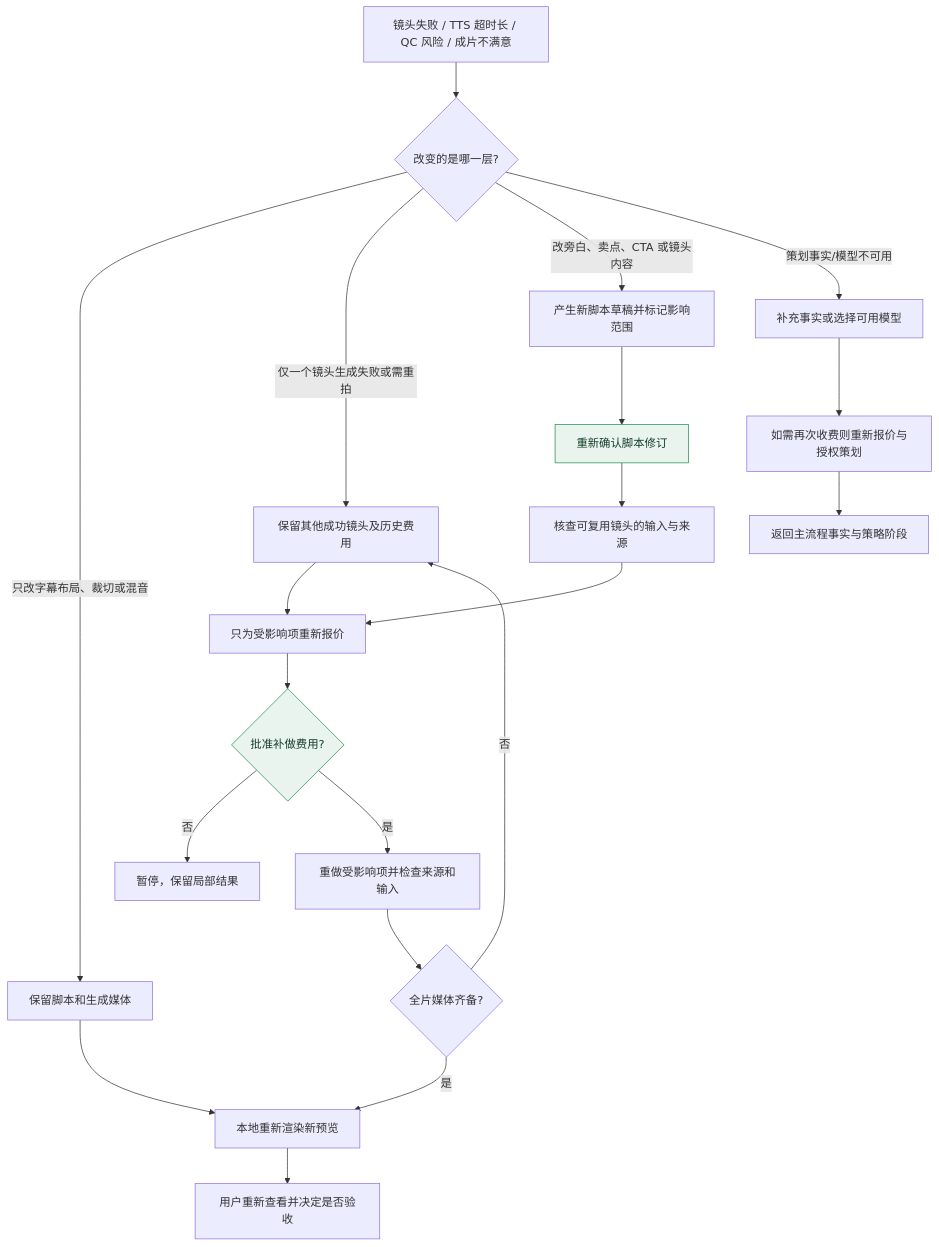
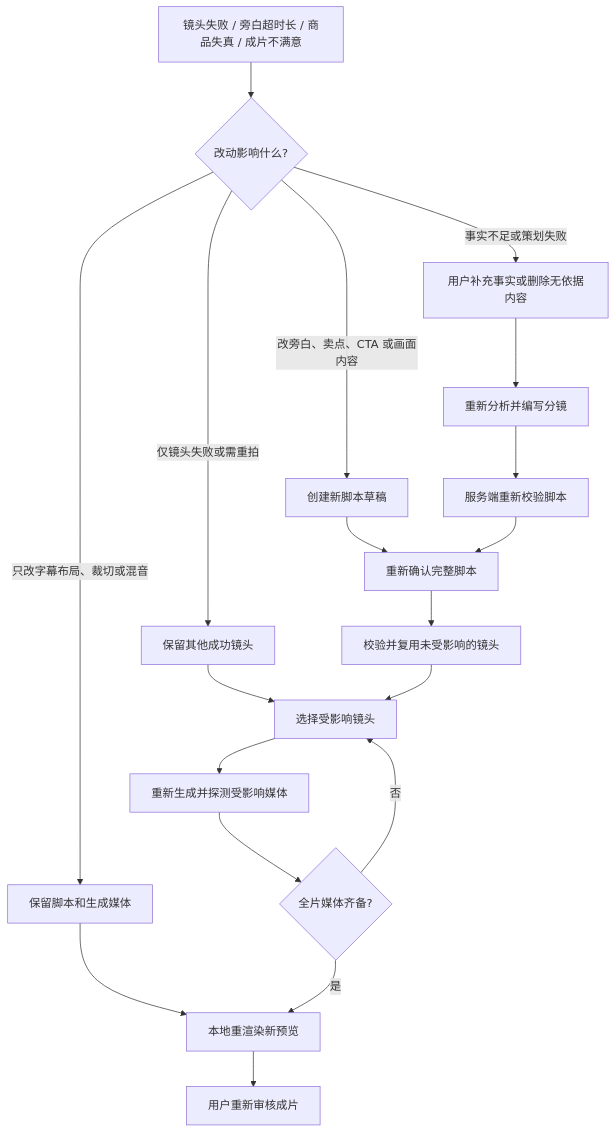
The second of 2 diagrams in docs/superpowers/specs/2026-11-05-ai-advertising-pipeline-design.md (achieve-jsy/open-ai-canvas), drawn with Mermaid before and after one commit. The commit also changed other lines of this file, not shown here.

````diff
--- a/docs/superpowers/specs/2026-11-05-ai-advertising-pipeline-design.md
+++ b/docs/superpowers/specs/2026-11-05-ai-advertising-pipeline-design.md
@@ -116,25 +117,21 @@
 ```mermaid
 flowchart TD
-    A["镜头失败 / TTS 超时长 / QC 风险 / 成片不满意"] --> B{"改变的是哪一层?"}
+    A["镜头失败 / 旁白超时长 / 商品失真 / 成片不满意"] --> B{"改动影响什么?"}
     B -- "只改字幕布局、裁切或混音" --> C["保留脚本和生成媒体"]
-    C --> D["本地重新渲染新预览"]
-    D --> H["用户重新查看并决定是否验收"]
-    B -- "仅一个镜头生成失败或需重拍" --> E["保留其他成功镜头及历史费用"]
-    E --> F["只为受影响项重新报价"]
-    F --> G{"批准补做费用?"}
-    G -- 否 --> X["暂停，保留局部结果"]
-    G -- 是 --> I["重做受影响项并检查来源和输入"]
-    I --> J{"全片媒体齐备?"}
-    J -- 否 --> E
-    J -- 是 --> D
-    B -- "改旁白、卖点、CTA 或镜头内容" --> K["产生新脚本草稿并标记影响范围"]
-    K --> L["重新确认脚本修订"]
-    L --> M["核查可复用镜头的输入与来源"]
-    M --> F
-    B -- "策划事实/模型不可用" --> N["补充事实或选择可用模型"]
-    N --> O["如需再次收费则重新报价与授权策划"]
-    O --> P["返回主流程事实与策略阶段"]
-
-    classDef approval fill:#e8f4ed,stroke:#218a55,color:#173d2a
-    class G,L approval
+    C --> D["本地重渲染新预览"]
+    D --> H["用户重新审核成片"]
+    B -- "仅镜头失败或需重拍" --> E["保留其他成功镜头"]
+    E --> F["选择受影响镜头"]
+    F --> G["重新生成并探测受影响媒体"]
+    G --> I{"全片媒体齐备?"}
+    I -- 否 --> F
+    I -- 是 --> D
+    B -- "改旁白、卖点、CTA 或画面内容" --> J["创建新脚本草稿"]
+    J --> K["重新确认完整脚本"]
+    K --> L["校验并复用未受影响的镜头"]
+    L --> F
+    B -- "事实不足或策划失败" --> M["用户补充事实或删除无依据内容"]
+    M --> N["重新分析并编写分镜"]
+    N --> O["服务端重新校验脚本"]
+    O --> K
 ```
````
